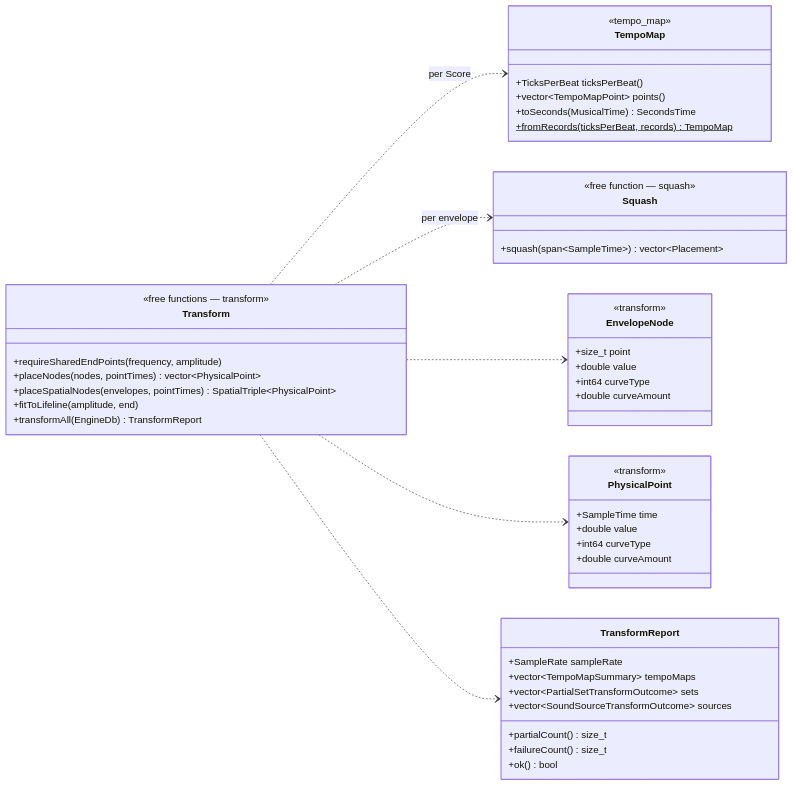
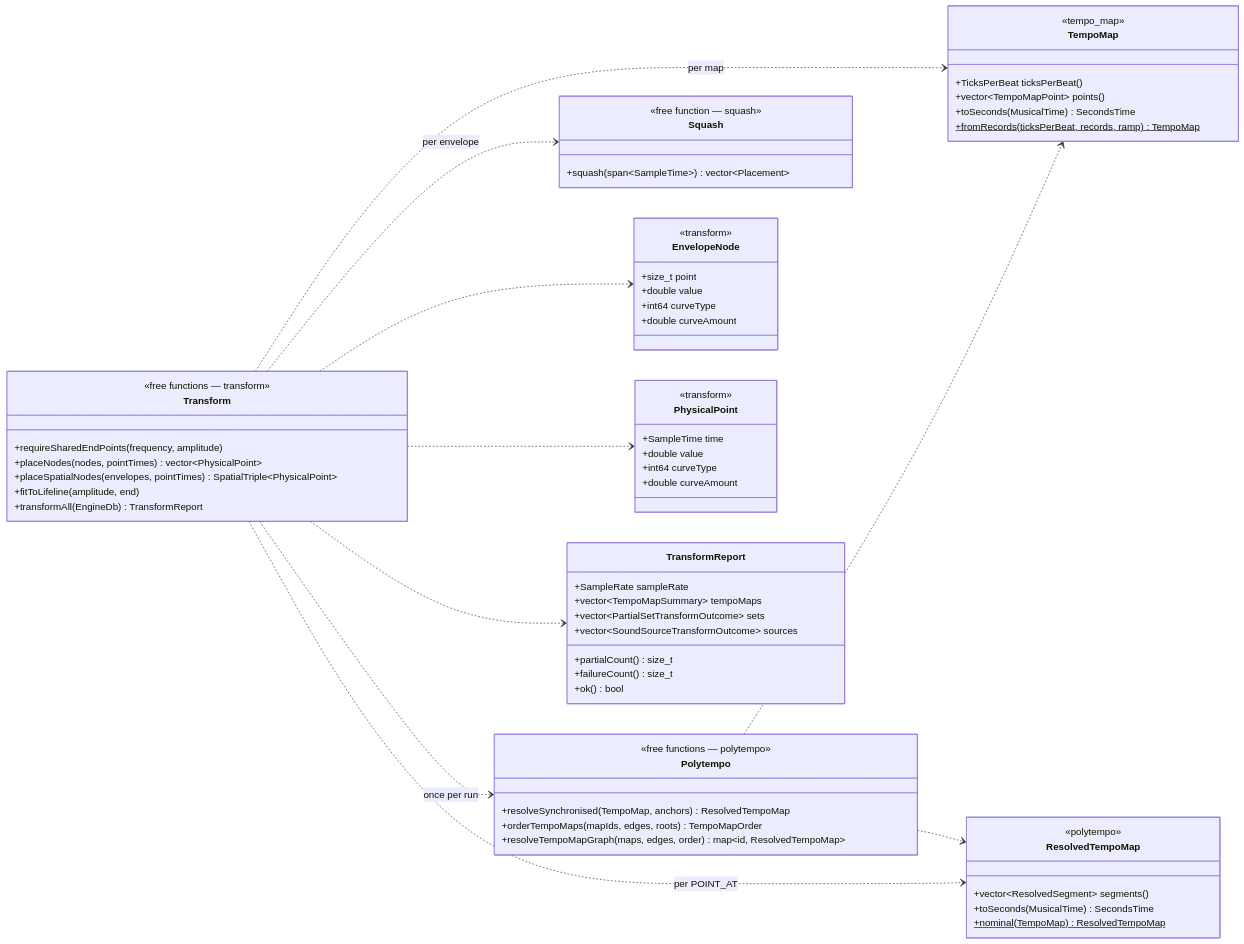
The second of 2 diagrams in rendering-engine/docs/transform.md (broadya/RAINBOHz), drawn with Mermaid before and after one commit. The commit also changed other lines of this file and 30 other files, not shown here.

First line of the commit message:
Resolve synchronised tempo maps in the transform

````diff
--- a/rendering-engine/docs/transform.md
+++ b/rendering-engine/docs/transform.md
@@ -699,58 +726,76 @@
 ```mermaid
 classDiagram
     direction LR
 
     class TempoMap {
         <<tempo_map>>
         +TicksPerBeat ticksPerBeat()
         +vector~TempoMapPoint~ points()
         +toSeconds(MusicalTime) SecondsTime
-        +fromRecords(ticksPerBeat, records)$ TempoMap
+        +fromRecords(ticksPerBeat, records, ramp)$ TempoMap
+    }
+
+    class ResolvedTempoMap {
+        <<polytempo>>
+        +vector~ResolvedSegment~ segments()
+        +toSeconds(MusicalTime) SecondsTime
+        +nominal(TempoMap)$ ResolvedTempoMap
+    }
+
+    class Polytempo {
+        <<free functions — polytempo>>
+        +resolveSynchronised(TempoMap, anchors) ResolvedTempoMap
+        +orderTempoMaps(mapIds, edges, roots) TempoMapOrder
+        +resolveTempoMapGraph(maps, edges, order) map~id, ResolvedTempoMap~
     }
 
     class Squash {
         <<free function — squash>>
         +squash(span~SampleTime~) vector~Placement~
     }
 
     class EnvelopeNode {
         <<transform>>
         +size_t point
         +double value
         +int64 curveType
         +double curveAmount
     }
 
     class PhysicalPoint {
         <<transform>>
         +SampleTime time
         +double value
         +int64 curveType
         +double curveAmount
     }
 
     class Transform {
         <<free functions — transform>>
         +requireSharedEndPoints(frequency, amplitude)
         +placeNodes(nodes, pointTimes) vector~PhysicalPoint~
         +placeSpatialNodes(envelopes, pointTimes) SpatialTriple~PhysicalPoint~
         +fitToLifeline(amplitude, end)
         +transformAll(EngineDb) TransformReport
     }
 
     class TransformReport {
         +SampleRate sampleRate
         +vector~TempoMapSummary~ tempoMaps
         +vector~PartialSetTransformOutcome~ sets
         +vector~SoundSourceTransformOutcome~ sources
         +partialCount() size_t
         +failureCount() size_t
         +ok() bool
     }
 
-    Transform ..> TempoMap : per Score
+    Transform ..> TempoMap : per map
+    Transform ..> Polytempo : once per run
+    Polytempo ..> TempoMap
+    Polytempo ..> ResolvedTempoMap
+    Transform ..> ResolvedTempoMap : per POINT_AT
     Transform ..> Squash : per envelope
     Transform ..> EnvelopeNode
     Transform ..> PhysicalPoint
     Transform ..> TransformReport
 ```
````
